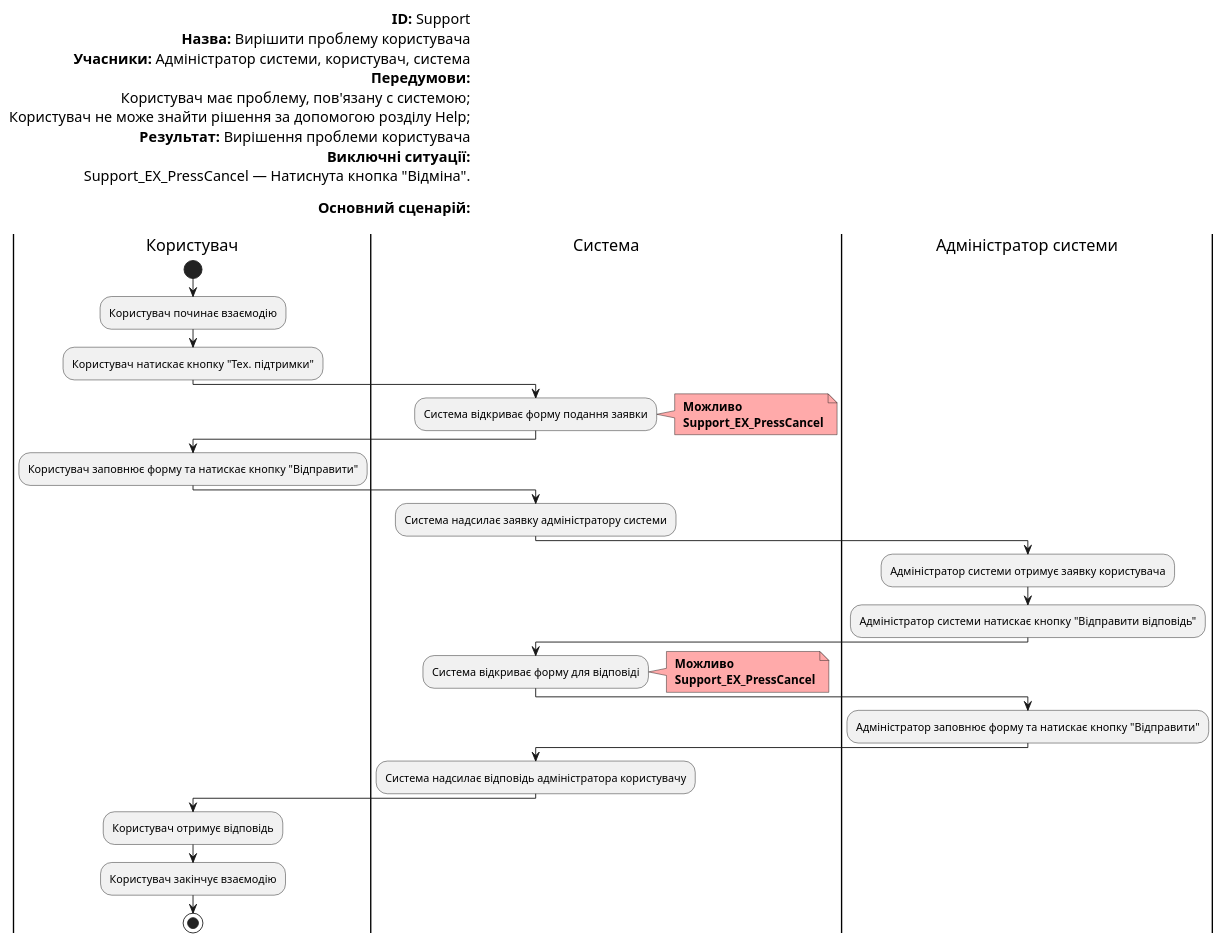
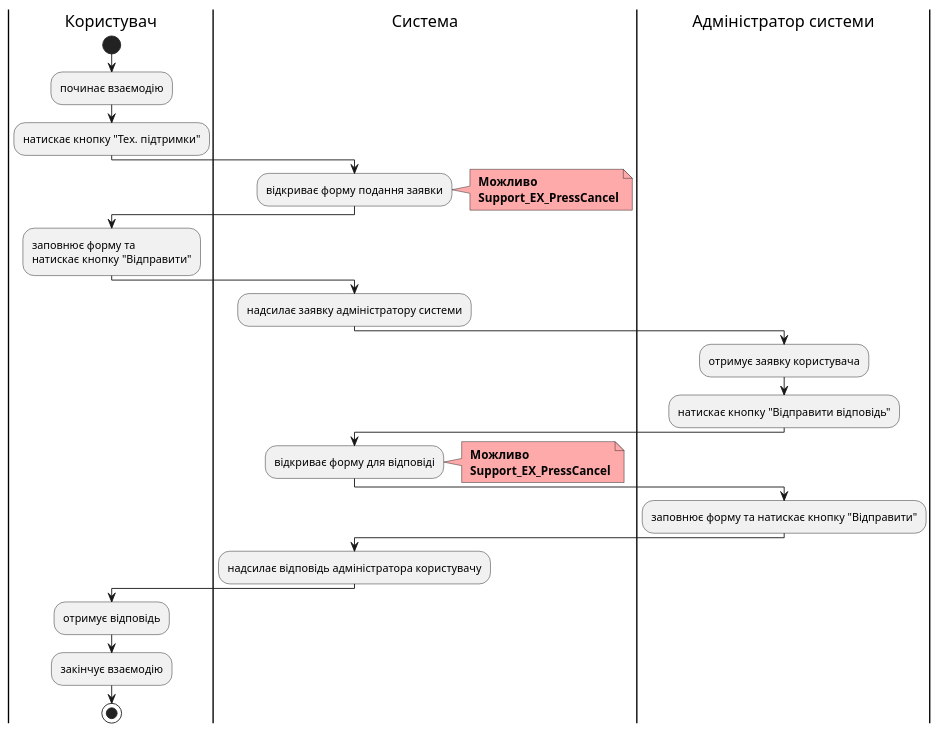
One commit to yaryna-bashchak/db_course_work changed diagram 22 of 24 in docs/use cases/README.md. Above: the diagram before and after it, drawn with PlantUML. The commit also changed other lines of this file, not shown here.

Commit message:
updated diagrams for user cases

```diff
--- a/docs/use cases/README.md
+++ b/docs/use cases/README.md
@@ -1212,50 +1170,36 @@
 @startuml
-
-    left header
-        <font color=000 size=16><b>ID:</b> Support
-        <font color=000 size=16><b>Назва:</b> Вирішити проблему користувача
-        <font color=000 size=16><b>Учасники:</b> Адміністратор системи, користувач, система
-        <font color=000 size=16><b>Передумови:</b> 
-        <font color=000 size=16>Користувач має проблему, пов'язану с системою;
-        <font color=000 size=16>Користувач не може знайти рішення за допомогою розділу Help;
-        <font color=000 size=16><b>Результат:</b> Вирішення проблеми користувача
-        <font color=000 size=16><b>Виключні ситуації:</b>
-        <font color=000 size=16>Support_EX_PressCancel — Натиснута кнопка "Відміна".
-        
-        <font color=000 size=16><b>Основний сценарій:</b>
-        
-    end header
 
     |Користувач|
         start
-        :Користувач починає взаємодію;
-        :Користувач натискає кнопку "Тех. підтримки";
+        :починає взаємодію;
+        :натискає кнопку "Тех. підтримки";
     |Система|
-        :Система відкриває форму подання заявки;
+        :відкриває форму подання заявки;
         note right #ffaaaa
         <b> Можливо
         <b> Support_EX_PressCancel
         end note
     |Користувач|
-        :Користувач заповнює форму та натискає кнопку "Відправити";
+        :заповнює форму та 
+        натискає кнопку "Відправити";
     |Система|
-        :Система надсилає заявку адміністратору системи;
+        :надсилає заявку адміністратору системи;
     |Адміністратор системи|    
-        :Адміністратор системи отримує заявку користувача;
-        :Адміністратор системи натискає кнопку "Відправити відповідь";
+        :отримує заявку користувача;
+        :натискає кнопку "Відправити відповідь";
     |Система|
-        :Система відкриває форму для відповіді;
+        :відкриває форму для відповіді;
          note right #ffaaaa
         <b> Можливо
         <b> Support_EX_PressCancel
         end note
     |Адміністратор системи|
-        :Адміністратор заповнює форму та натискає кнопку "Відправити";
+        :заповнює форму та натискає кнопку "Відправити";
     |Система|
-        :Система надсилає відповідь адміністратора користувачу;
+        :надсилає відповідь адміністратора користувачу;
     |Користувач|
-        :Користувач отримує відповідь;
-        :Користувач закінчує взаємодію;
+        :отримує відповідь;
+        :закінчує взаємодію;
         stop;
 
 @enduml
```
